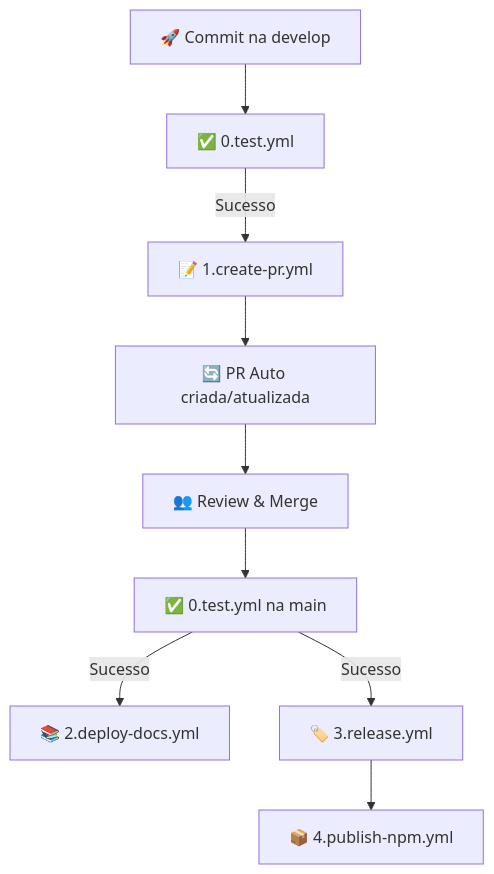
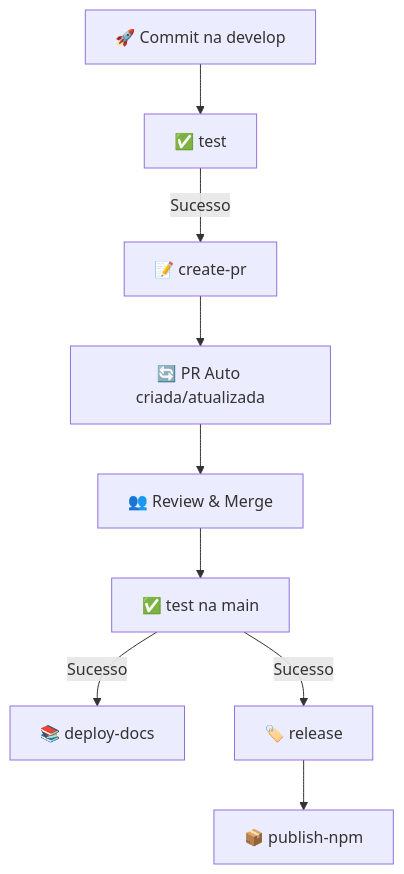
One commit to heliomarpm/gh-test-automations changed the diagram in README.md. Above: the diagram before and after it, drawn with Mermaid.

````diff
--- a/README.md
+++ b/README.md
@@ -3,12 +3,12 @@
 ```mermaid
 graph TD
-    A[🚀 Commit na develop] --> B[✅ 0.test.yml]
-    B -->|Sucesso| C[📝 1.create-pr.yml]
+    A[🚀 Commit na develop] --> B[✅ test]
+    B -->|Sucesso| C[📝 create-pr]
     C --> D[🔄 PR Auto criada/atualizada]
     D --> E[👥 Review & Merge]
-    E --> F[✅ 0.test.yml na main]
-    F -->|Sucesso| G[📚 2.deploy-docs.yml]
-    F -->|Sucesso| H[🏷️ 3.release.yml]
-    H --> I[📦 4.publish-npm.yml]
+    E --> F[✅ test na main]
+    F -->|Sucesso| G[📚 deploy-docs]
+    F -->|Sucesso| H[🏷️ release]
+    H --> I[📦 publish-npm]
 
 ```
````
